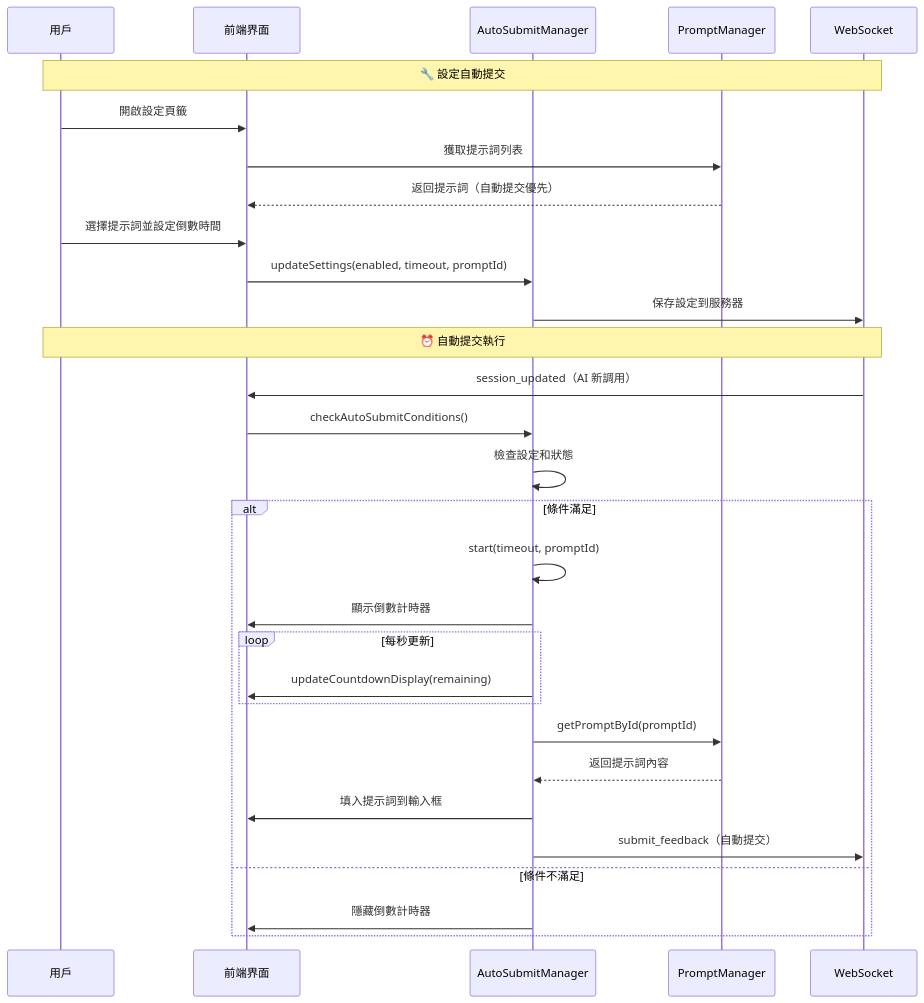
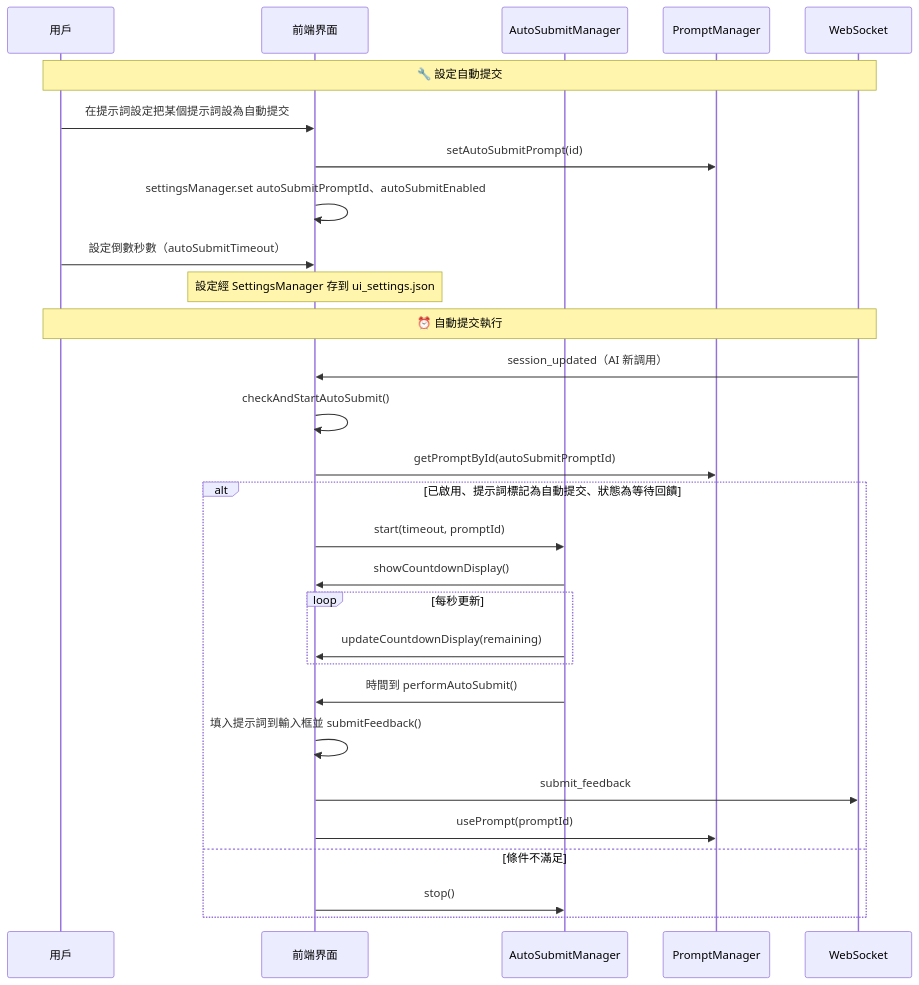
One commit to CloudEngineHub/mcp-feedback-enhanced changed the sixth of 12 diagrams in docs/architecture/interaction-flows.md. Above: the diagram before and after it, drawn with Mermaid. The commit also changed other lines of this file, not shown here.

````diff
--- a/docs/architecture/interaction-flows.md
+++ b/docs/architecture/interaction-flows.md
@@ -480,34 +293,33 @@
 ```mermaid
 sequenceDiagram
     participant User as 用戶
     participant UI as 前端界面
     participant ASM as AutoSubmitManager
     participant PM as PromptManager
     participant WS as WebSocket
 
     Note over User,WS: 🔧 設定自動提交
-    User->>UI: 開啟設定頁籤
-    UI->>PM: 獲取提示詞列表
-    PM-->>UI: 返回提示詞（自動提交優先）
-    User->>UI: 選擇提示詞並設定倒數時間
-    UI->>ASM: updateSettings(enabled, timeout, promptId)
-    ASM->>WS: 保存設定到服務器
+    User->>UI: 在提示詞設定把某個提示詞設為自動提交
+    UI->>PM: setAutoSubmitPrompt(id)
+    UI->>UI: settingsManager.set autoSubmitPromptId、autoSubmitEnabled
+    User->>UI: 設定倒數秒數（autoSubmitTimeout）
+    Note over UI: 設定經 SettingsManager 存到 ui_settings.json
 
     Note over User,WS: ⏰ 自動提交執行
     WS->>UI: session_updated（AI 新調用）
-    UI->>ASM: checkAutoSubmitConditions()
-    ASM->>ASM: 檢查設定和狀態
-    alt 條件滿足
-        ASM->>ASM: start(timeout, promptId)
-        ASM->>UI: 顯示倒數計時器
+    UI->>UI: checkAndStartAutoSubmit()
+    UI->>PM: getPromptById(autoSubmitPromptId)
+    alt 已啟用、提示詞標記為自動提交、狀態為等待回饋
+        UI->>ASM: start(timeout, promptId)
+        ASM->>UI: showCountdownDisplay()
         loop 每秒更新
             ASM->>UI: updateCountdownDisplay(remaining)
         end
-        ASM->>PM: getPromptById(promptId)
-        PM-->>ASM: 返回提示詞內容
-        ASM->>UI: 填入提示詞到輸入框
-        ASM->>WS: submit_feedback（自動提交）
+        ASM->>UI: 時間到 performAutoSubmit()
+        UI->>UI: 填入提示詞到輸入框並 submitFeedback()
+        UI->>WS: submit_feedback
+        UI->>PM: usePrompt(promptId)
     else 條件不滿足
-        ASM->>UI: 隱藏倒數計時器
+        UI->>ASM: stop()
     end
 ```
````
